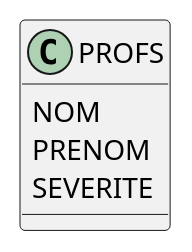
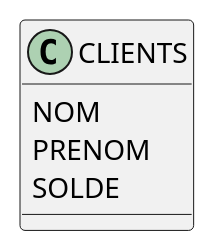
The diagram in trunk/sprint_5/srcdoc/diag0.puml (IUT-Blagnac/MPA2015G2B2), drawn with PlantUML before and after one commit. The commit also changed 786 other files, not shown here.

```diff
--- a/trunk/sprint_5/srcdoc/diag0.puml
+++ b/trunk/sprint_5/srcdoc/diag0.puml
@@ -5,11 +5,11 @@
 @startuml
 '-----------------------------------
 
-class PROFS {
-        NOM
-        PRENOM
-        SEVERITE
+class CLIENTS {
+	NOM
+	PRENOM
+	SOLDE
 }
 
 '-----------------------------------
 @enduml
```
